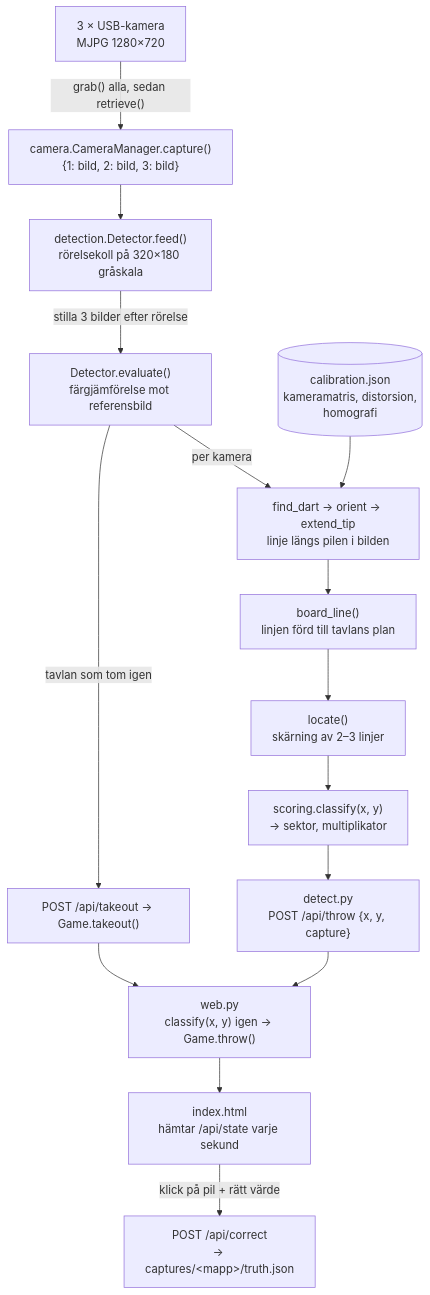
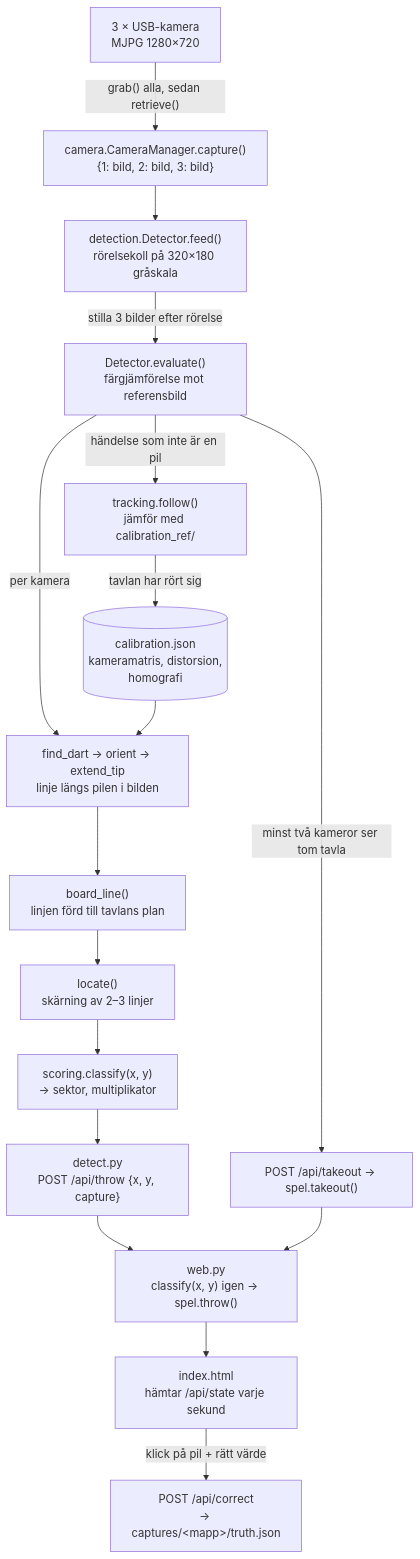
One commit to zekesimonsson/dart_scoring changed the diagram in docs/systembeskrivning.md. Above: the diagram before and after it, drawn with Mermaid. The commit also changed other lines of this file, not shown here.

````diff
--- a/docs/systembeskrivning.md
+++ b/docs/systembeskrivning.md
@@ -50,17 +53,19 @@
 ```mermaid
 flowchart TB
     CAM["3 × USB-kamera<br/>MJPG 1280×720"] -->|"grab() alla, sedan retrieve()"| CM["camera.CameraManager.capture()<br/>{1: bild, 2: bild, 3: bild}"]
     CM --> FEED["detection.Detector.feed()<br/>rörelsekoll på 320×180 gråskala"]
     FEED -->|"stilla 3 bilder efter rörelse"| EVAL["Detector.evaluate()<br/>färgjämförelse mot referensbild"]
     EVAL -->|per kamera| LINE["find_dart → orient → extend_tip<br/>linje längs pilen i bilden"]
     CAL[("calibration.json<br/>kameramatris, distorsion,<br/>homografi")] --> LINE
     LINE --> BL["board_line()<br/>linjen förd till tavlans plan"]
     BL --> LOC["locate()<br/>skärning av 2–3 linjer"]
     LOC --> CLS["scoring.classify(x, y)<br/>→ sektor, multiplikator"]
     CLS --> DET["detect.py<br/>POST /api/throw {x, y, capture}"]
-    DET --> WEB["web.py<br/>classify(x, y) igen → Game.throw()"]
+    DET --> WEB["web.py<br/>classify(x, y) igen → spel.throw()"]
     WEB --> PAGE["index.html<br/>hämtar /api/state varje sekund"]
-    EVAL -->|"tavlan som tom igen"| TO["POST /api/takeout → Game.takeout()"]
+    EVAL -->|"minst två kameror ser tom tavla"| TO["POST /api/takeout → spel.takeout()"]
     TO --> WEB
+    EVAL -->|"händelse som inte är en pil"| TR["tracking.follow()<br/>jämför med calibration_ref/"]
+    TR -->|"tavlan har rört sig"| CAL
     PAGE -->|"klick på pil + rätt värde"| COR["POST /api/correct<br/>→ captures/&lt;mapp&gt;/truth.json"]
 ```
````
